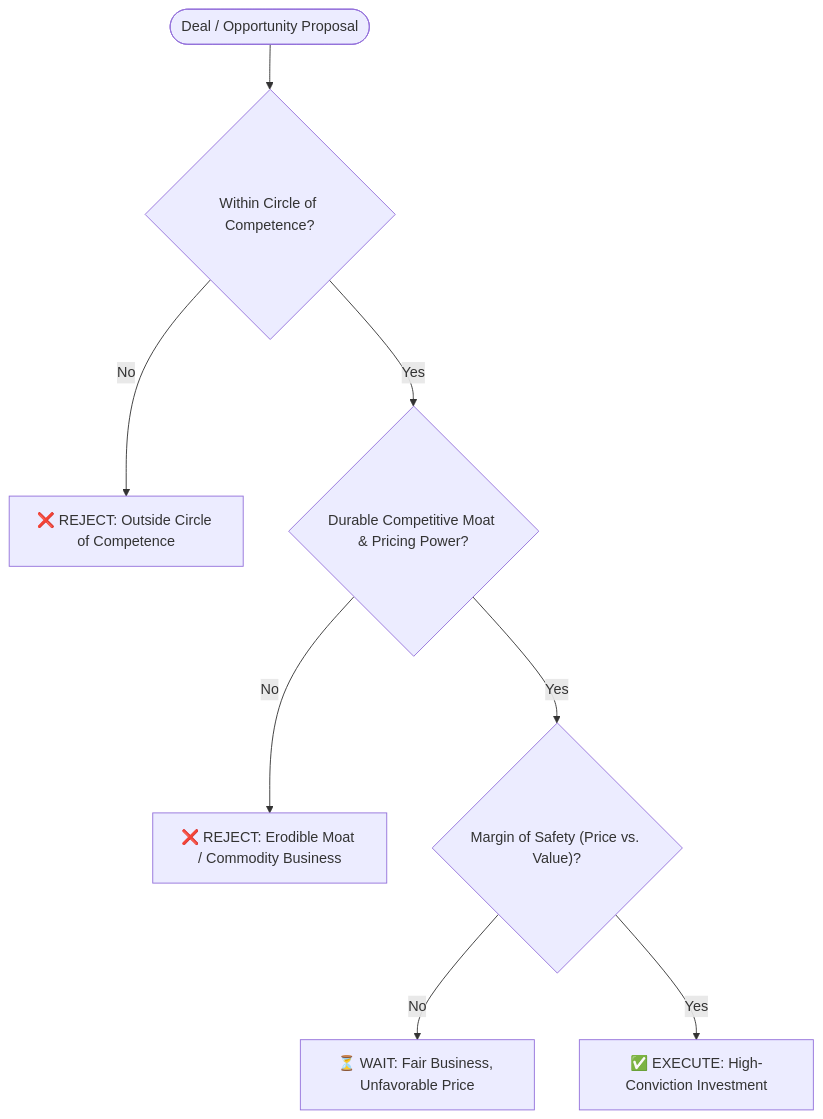
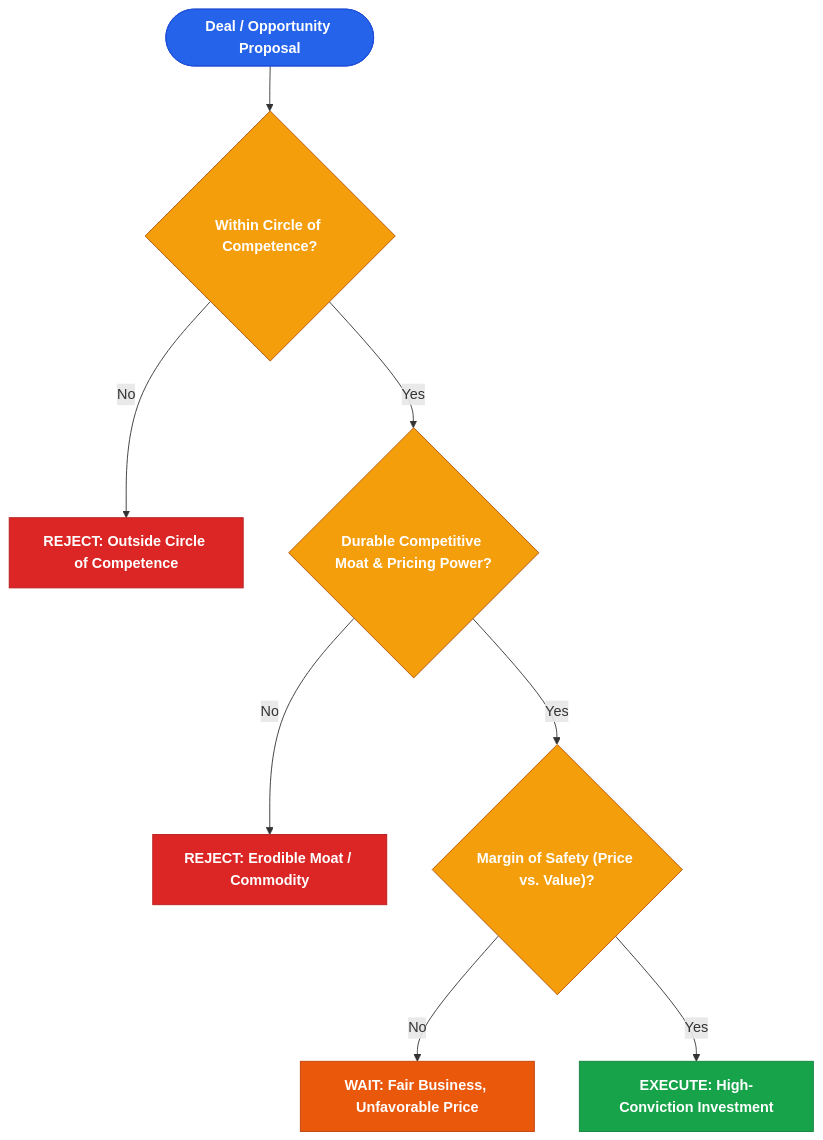
The diagram in profiles/warren-buffett.md (DOTfei/borrowed-brain-pro), drawn with Mermaid before and after one commit. The commit also changed 12 other files, not shown here.

````diff
--- a/profiles/warren-buffett.md
+++ b/profiles/warren-buffett.md
@@ -22,13 +22,19 @@
 ```mermaid
 flowchart TD
-    Deal(["Deal / Opportunity Proposal"]) --> CheckCompetence{"Within Circle of Competence?"}
-    
-    CheckCompetence -->|No| Reject1["❌ REJECT: Outside Circle of Competence"]
-    CheckCompetence -->|Yes| CheckMoat{"Durable Competitive Moat & Pricing Power?"}
-    
-    CheckMoat -->|No| Reject2["❌ REJECT: Erodible Moat / Commodity Business"]
-    CheckMoat -->|Yes| CheckMargin{"Margin of Safety (Price vs. Value)?"}
-    
-    CheckMargin -->|No| Wait["⏳ WAIT: Fair Business, Unfavorable Price"]
-    CheckMargin -->|Yes| Execute["✅ EXECUTE: High-Conviction Investment"]
+    Start(["Deal / Opportunity Proposal"]):::start --> Q1{"Within Circle of Competence?"}:::decision
+
+    Q1 -->|No| R1["REJECT: Outside Circle of Competence"]:::danger
+    Q1 -->|Yes| Q2{"Durable Competitive Moat & Pricing Power?"}:::decision
+
+    Q2 -->|No| R2["REJECT: Erodible Moat / Commodity"]:::danger
+    Q2 -->|Yes| Q3{"Margin of Safety (Price vs. Value)?"}:::decision
+
+    Q3 -->|No| W1["WAIT: Fair Business, Unfavorable Price"]:::warning
+    Q3 -->|Yes| E1["EXECUTE: High-Conviction Investment"]:::success
+    classDef start fill:#2563eb,stroke:#1d4ed8,color:#ffffff,font-weight:bold
+    classDef decision fill:#f59e0b,stroke:#b45309,color:#ffffff,font-weight:bold
+    classDef success fill:#16a34a,stroke:#15803d,color:#ffffff,font-weight:bold
+    classDef danger fill:#dc2626,stroke:#b91c1c,color:#ffffff,font-weight:bold
+    classDef warning fill:#ea580c,stroke:#c2410c,color:#ffffff,font-weight:bold
+    classDef action fill:#64748b,stroke:#475569,color:#ffffff,font-weight:bold
 ```
````
